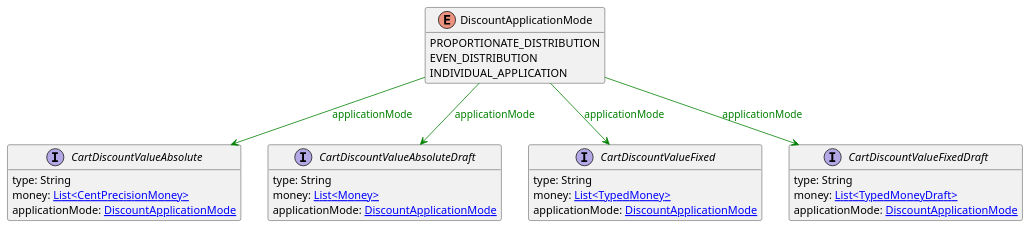
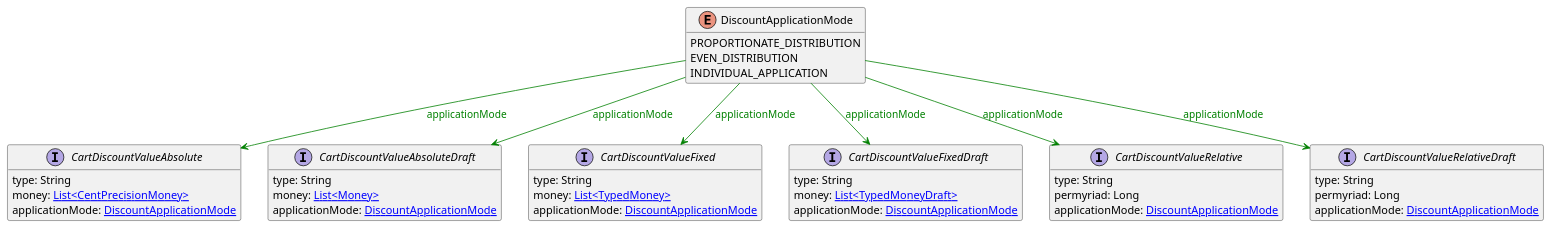
The diagram in uml/api/DiscountApplicationMode.puml (commercetools/commercetools-api-reference), drawn with PlantUML before and after one commit. The commit also changed 10 other files, not shown here.

```diff
--- a/uml/api/DiscountApplicationMode.puml
+++ b/uml/api/DiscountApplicationMode.puml
@@ -1,33 +1,45 @@
 @startuml
 
 hide methods
 enum DiscountApplicationMode {
     PROPORTIONATE_DISTRIBUTION
     EVEN_DISTRIBUTION
     INDIVIDUAL_APPLICATION
 }
 interface CartDiscountValueAbsolute [[CartDiscountValueAbsolute.svg]]  {
     type: String
     money: [[CentPrecisionMoney.svg List<CentPrecisionMoney>]]
     applicationMode: [[DiscountApplicationMode.svg DiscountApplicationMode]]
 }
 interface CartDiscountValueAbsoluteDraft [[CartDiscountValueAbsoluteDraft.svg]]  {
     type: String
     money: [[Money.svg List<Money>]]
     applicationMode: [[DiscountApplicationMode.svg DiscountApplicationMode]]
 }
 interface CartDiscountValueFixed [[CartDiscountValueFixed.svg]]  {
     type: String
     money: [[TypedMoney.svg List<TypedMoney>]]
     applicationMode: [[DiscountApplicationMode.svg DiscountApplicationMode]]
 }
 interface CartDiscountValueFixedDraft [[CartDiscountValueFixedDraft.svg]]  {
     type: String
     money: [[TypedMoneyDraft.svg List<TypedMoneyDraft>]]
     applicationMode: [[DiscountApplicationMode.svg DiscountApplicationMode]]
 }
+interface CartDiscountValueRelative [[CartDiscountValueRelative.svg]]  {
+    type: String
+    permyriad: Long
+    applicationMode: [[DiscountApplicationMode.svg DiscountApplicationMode]]
+}
+interface CartDiscountValueRelativeDraft [[CartDiscountValueRelativeDraft.svg]]  {
+    type: String
+    permyriad: Long
+    applicationMode: [[DiscountApplicationMode.svg DiscountApplicationMode]]
+}
 DiscountApplicationMode --> CartDiscountValueAbsolute #green;text:green : "applicationMode"
 DiscountApplicationMode --> CartDiscountValueAbsoluteDraft #green;text:green : "applicationMode"
 DiscountApplicationMode --> CartDiscountValueFixed #green;text:green : "applicationMode"
 DiscountApplicationMode --> CartDiscountValueFixedDraft #green;text:green : "applicationMode"
+DiscountApplicationMode --> CartDiscountValueRelative #green;text:green : "applicationMode"
+DiscountApplicationMode --> CartDiscountValueRelativeDraft #green;text:green : "applicationMode"
 @enduml
```
